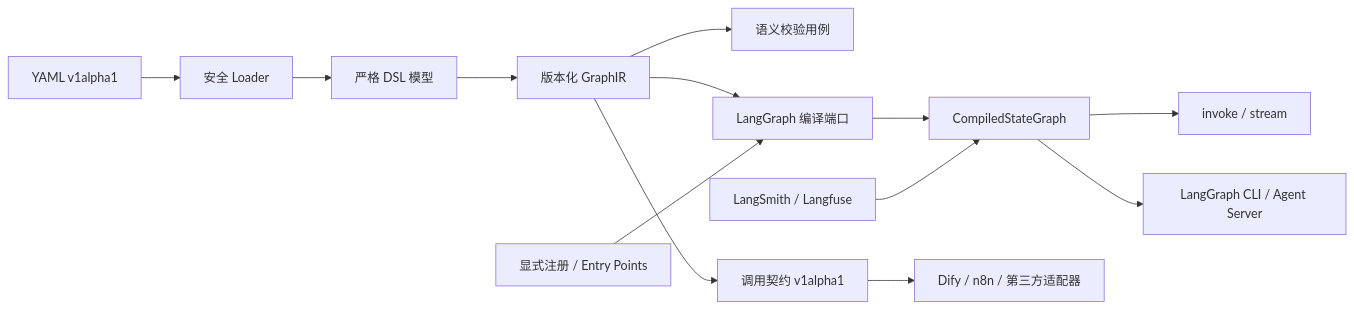
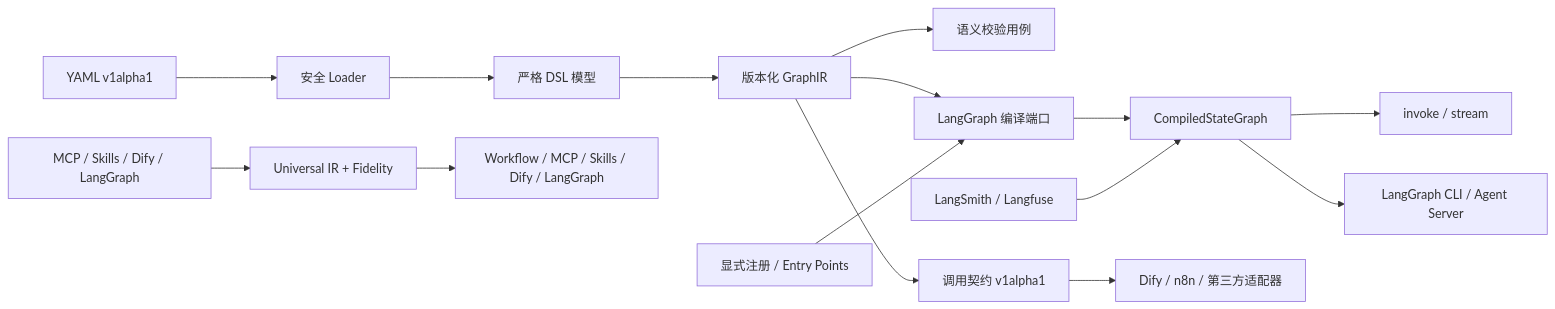
The diagram in docs/ARCHITECTURE.md (BrucePayton/GraphGPT), drawn with Mermaid before and after one commit. The commit also changed other lines of this file and 15 other files, not shown here.

Commit message:
feat: add universal workflow conversion layer

````diff
--- a/docs/ARCHITECTURE.md
+++ b/docs/ARCHITECTURE.md
@@ -8,15 +8,17 @@
 ```mermaid
 flowchart LR
     YAML["YAML v1alpha1"] --> Loader["安全 Loader"]
     Loader --> DSL["严格 DSL 模型"]
     DSL --> IR["版本化 GraphIR"]
     IR --> Validate["语义校验用例"]
     IR --> Compiler["LangGraph 编译端口"]
     Registry["显式注册 / Entry Points"] --> Compiler
     Compiler --> Native["CompiledStateGraph"]
     Native --> CLI["invoke / stream"]
     Native --> Server["LangGraph CLI / Agent Server"]
     IR --> Contract["调用契约 v1alpha1"]
     Contract --> Ecosystems["Dify / n8n / 第三方适配器"]
+    Sources["MCP / Skills / Dify / LangGraph"] --> Universal["Universal IR + Fidelity"]
+    Universal --> Targets["Workflow / MCP / Skills / Dify / LangGraph"]
     Callbacks["LangSmith / Langfuse"] --> Native
 ```
````
